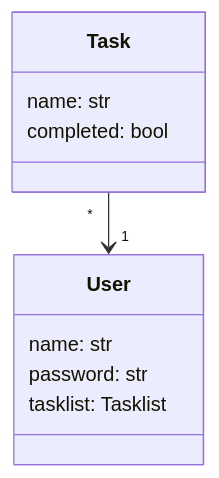
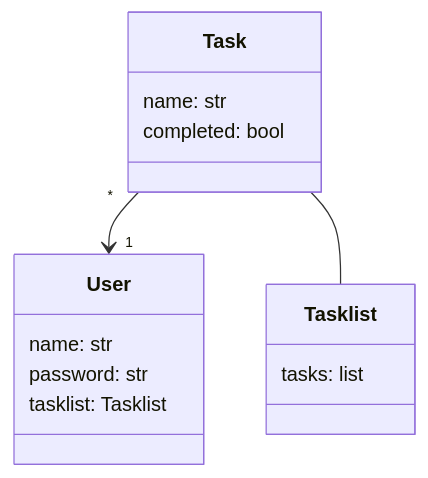
The diagram in dokumentaatio/arkkitehtuuri.md (Yusuboy/TODO-APP), drawn with Mermaid before and after one commit.

Commit message:
päivitettiin arkkitehtuuria

````diff
--- a/dokumentaatio/arkkitehtuuri.md
+++ b/dokumentaatio/arkkitehtuuri.md
@@ -1,13 +1,17 @@
 ```mermaid
  classDiagram
       Task "*" --> "1" User
+      Task -- Tasklist
       class User{
           name: str
           password: str
           tasklist: Tasklist
       }
       class Task{
           name: str
           completed: bool
       }
+      class Tasklist {
+        tasks: list
+      }
 ```
````
